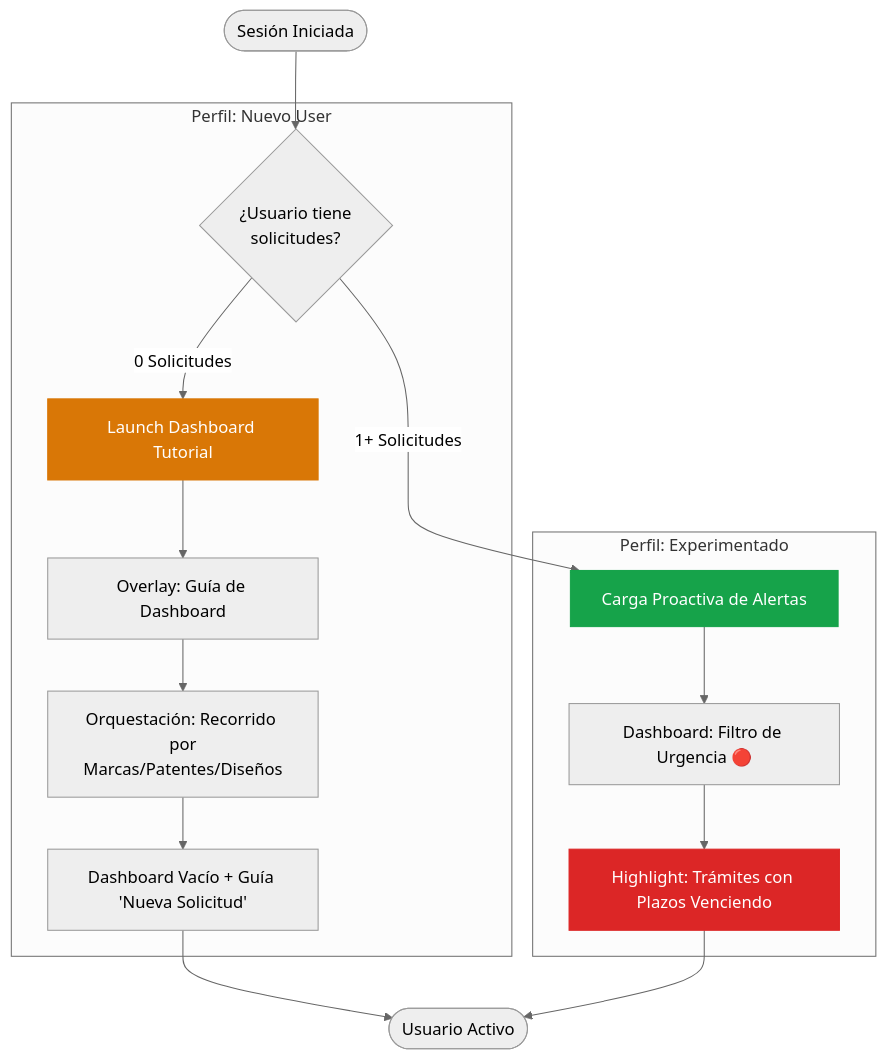
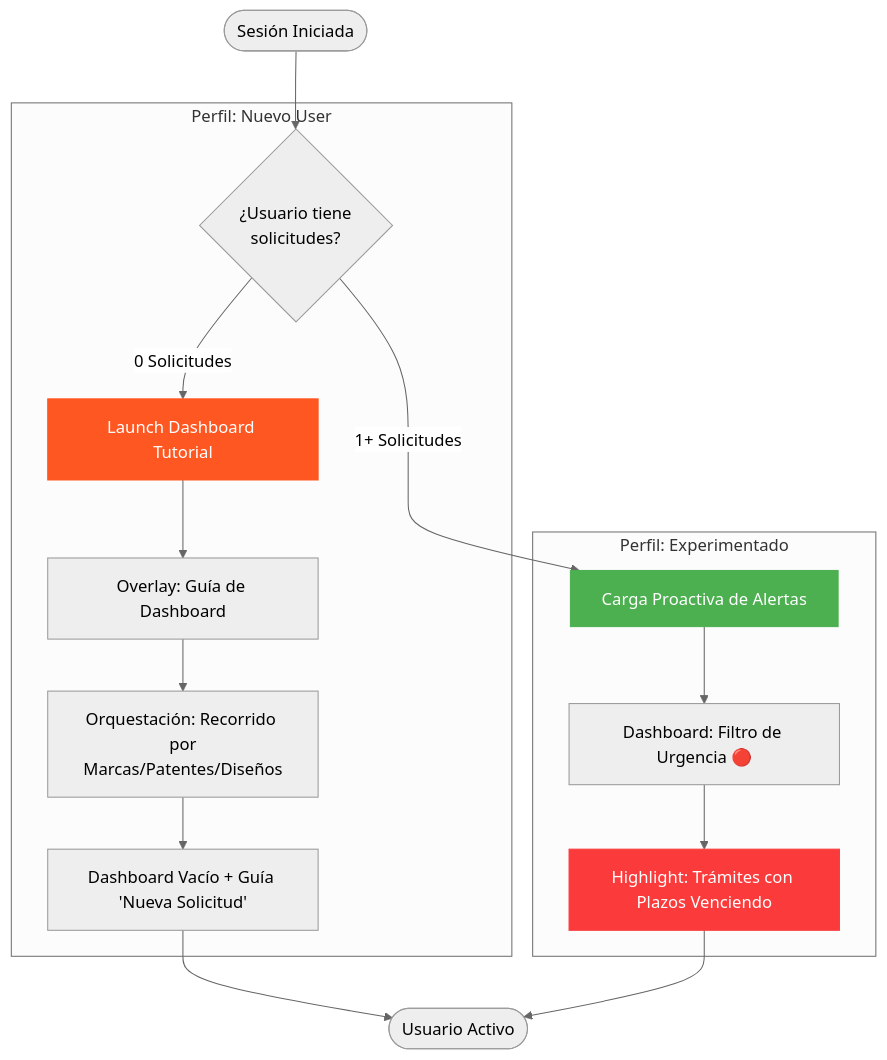
One commit to Fernandodesign96/mi-inapi-app changed the second of 8 diagrams in docs/FLOW_DIAGRAMS.md. Above: the diagram before and after it, drawn with Mermaid (neutral theme). The commit also changed other lines of this file and 21 other files, not shown here.

````diff
--- a/docs/FLOW_DIAGRAMS.md
+++ b/docs/FLOW_DIAGRAMS.md
@@ -50,24 +52,24 @@
 ```mermaid
 flowchart TD
     A([Sesión Iniciada]) --> B{¿Usuario tiene\nsolicitudes?}
     
     subgraph Journey_Nuevo [Perfil: Nuevo User]
         B -->|0 Solicitudes| C[Launch Dashboard Tutorial]
         C --> D[Overlay: Guía de Dashboard]
         D --> E[Orquestación: Recorrido por\nMarcas/Patentes/Diseños]
         E --> F[Dashboard Vacío + Guía 'Nueva Solicitud']
     end
     
     subgraph Journey_Experto [Perfil: Experimentado]
         B -->|1+ Solicitudes| H[Carga Proactiva de Alertas]
         H --> I[Dashboard: Filtro de Urgencia 🔴]
         I --> J[Highlight: Trámites con Plazos Venciendo]
     end
 
     F --> K([Usuario Activo])
     J --> K
 
-    style C fill:#D97706,stroke:#D97706,color:#fff
-    style H fill:#16A34A,stroke:#16A34A,color:#fff
-    style J fill:#DC2626,stroke:#DC2626,color:#fff
+    style C fill:#FF5722,stroke:#FF5722,color:#fff
+    style H fill:#4CAF50,stroke:#4CAF50,color:#fff
+    style J fill:#FB3B3B,stroke:#FB3B3B,color:#fff
 ```
````
